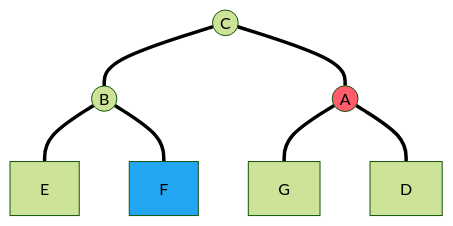
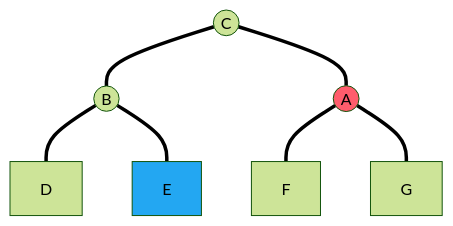
Before and after one commit to WintermelonC/WintermelonC_Docs: the ninth of 25 diagrams in docs/zju/compulsory_courses/ADS/ch1.md, drawn with Mermaid (forest theme). The commit also changed other lines of this file and 11 other files, not shown here.

````diff
--- a/docs/zju/compulsory_courses/ADS/ch1.md
+++ b/docs/zju/compulsory_courses/ADS/ch1.md
@@ -184,18 +184,18 @@
     ```mermaid
     graph TD;
     D[D]
     A((A))
     C((C))
     B((B))
     E[E]
     F[F]
     G[G]
     C === B
     C === A
+    B === D
     B === E
-    B === F
+    A === F
     A === G
-    A === D
     style A fill: #ff5c6c
-    style F fill: #23a7f2
+    style E fill: #23a7f2
     ```
````
